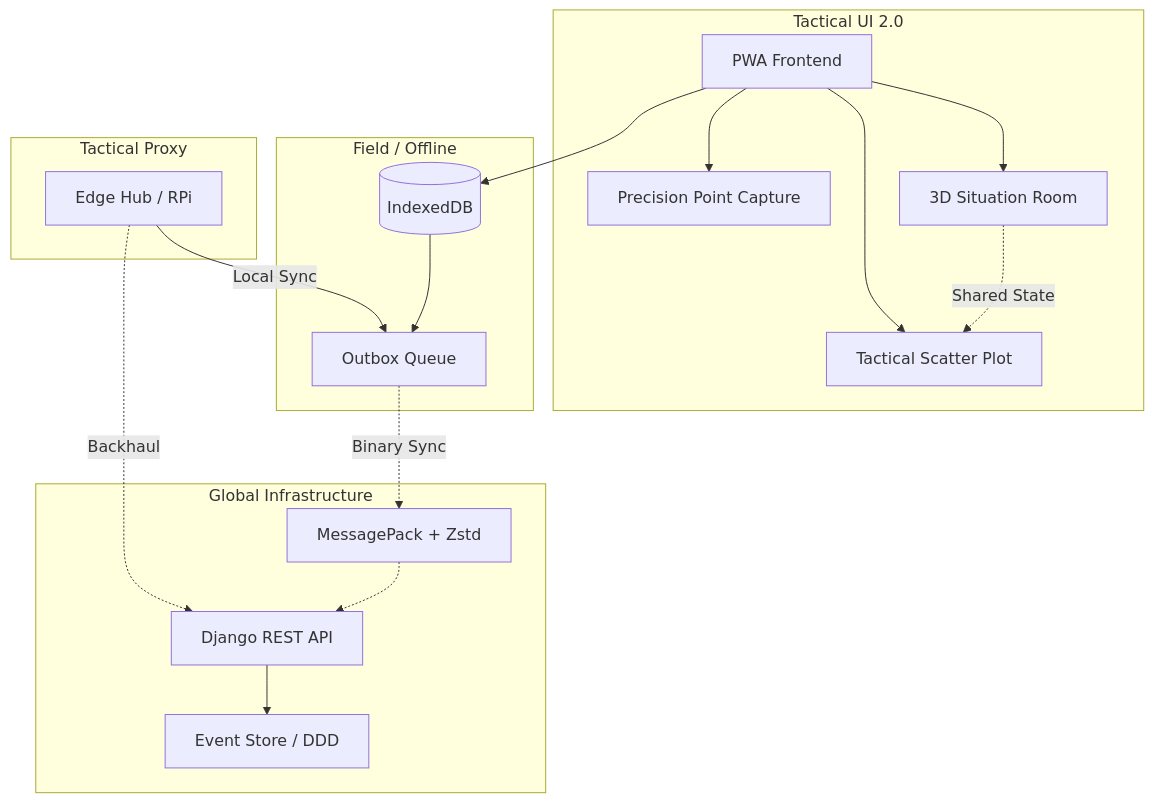
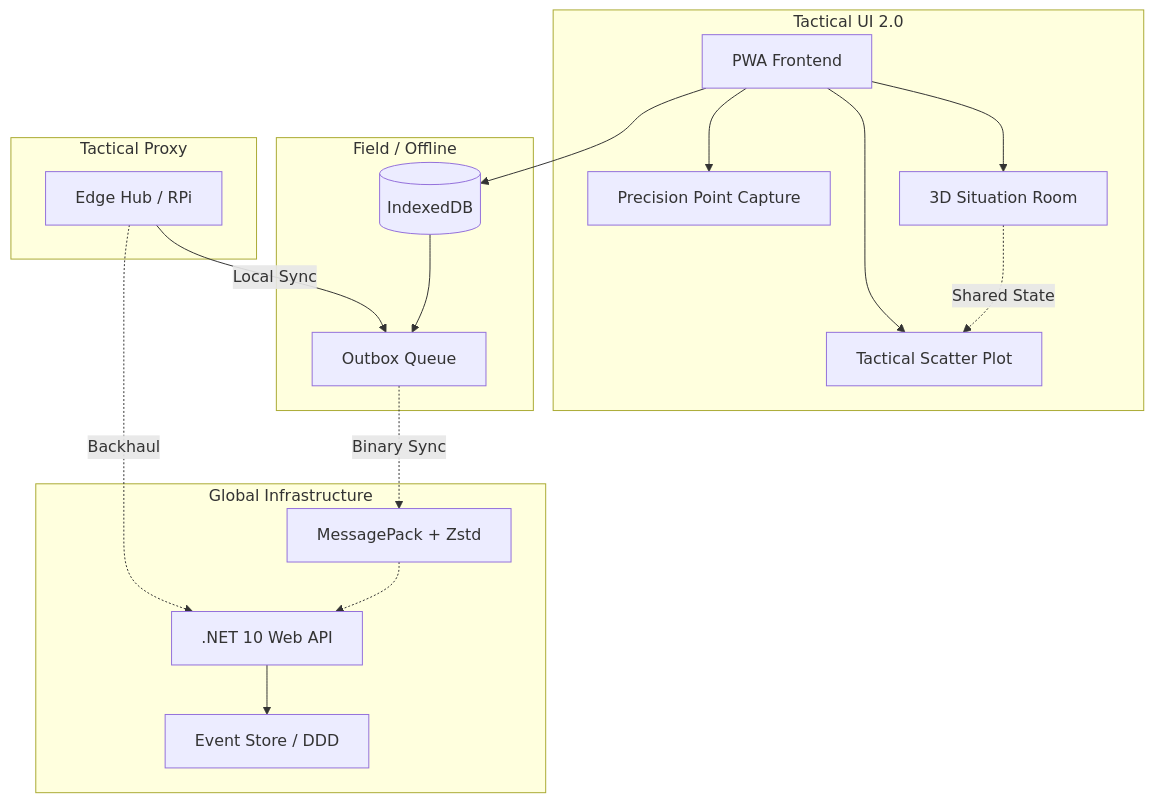
One commit to nhmatsumoto/mg_location changed the first of 2 diagrams in README.md. Above: the diagram before and after it, drawn with Mermaid. The commit also changed other lines of this file and 409 other files, not shown here.

````diff
--- a/README.md
+++ b/README.md
@@ -29,30 +29,30 @@
 ```mermaid
 graph TD
     subgraph "Tactical UI 2.0"
         UI[PWA Frontend] --> T3D[3D Situation Room]
         UI --> SPT[Tactical Scatter Plot]
         UI --> MCP[Precision Point Capture]
         T3D -.->|Shared State| SPT
     end
 
     subgraph "Field / Offline"
         UI --> DB[(IndexedDB)]
         DB --> OB[Outbox Queue]
     end
 
     subgraph "Tactical Proxy"
         EH[Edge Hub / RPi] 
         EH -->|Local Sync| OB
     end
 
     subgraph "Global Infrastructure"
-        API[Django REST API]
+        API[.NET 10 Web API]
         MP[MessagePack + Zstd]
         EV[Event Store / DDD]
         API --> EV
     end
 
     OB -.->|Binary Sync| MP
     MP -.-> API
     EH -.->|Backhaul| API
 ```
````
